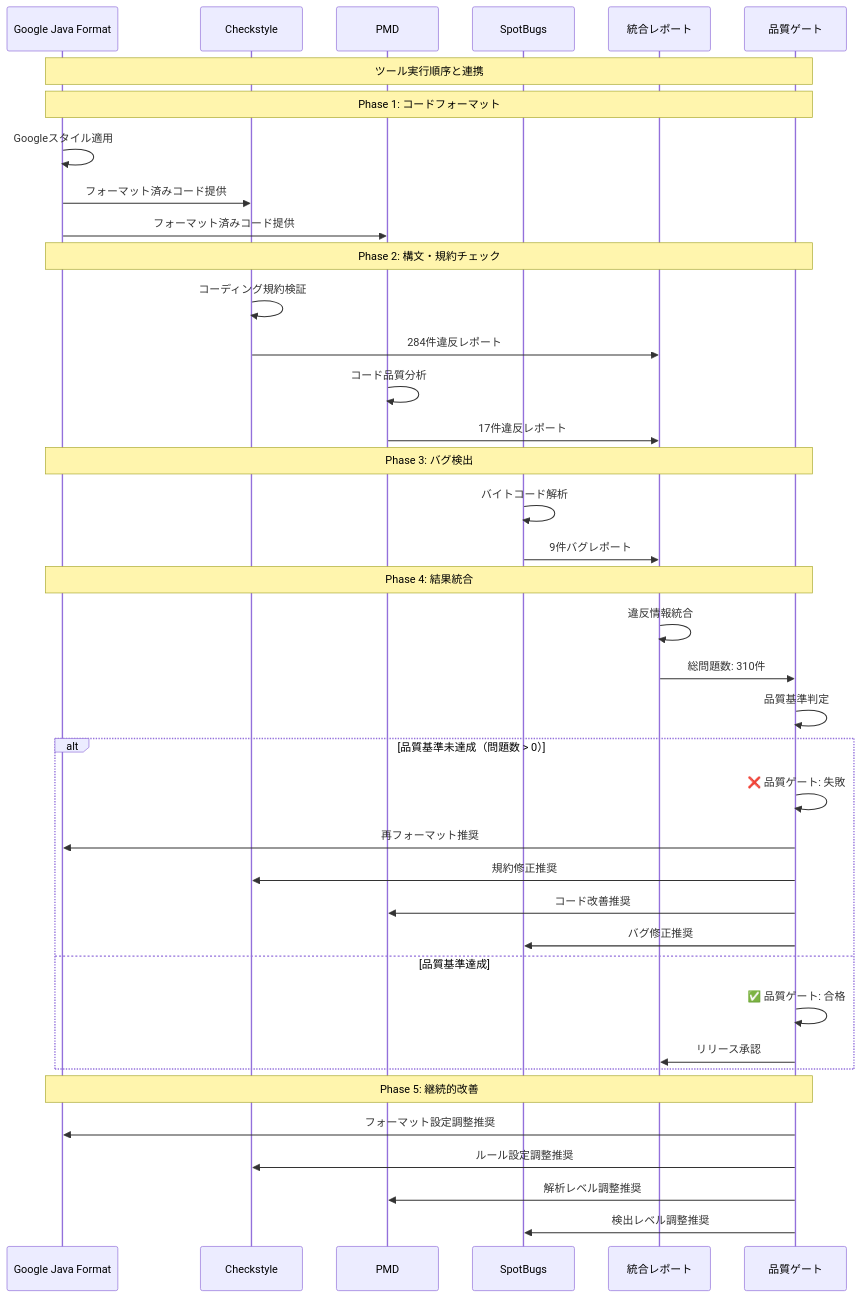
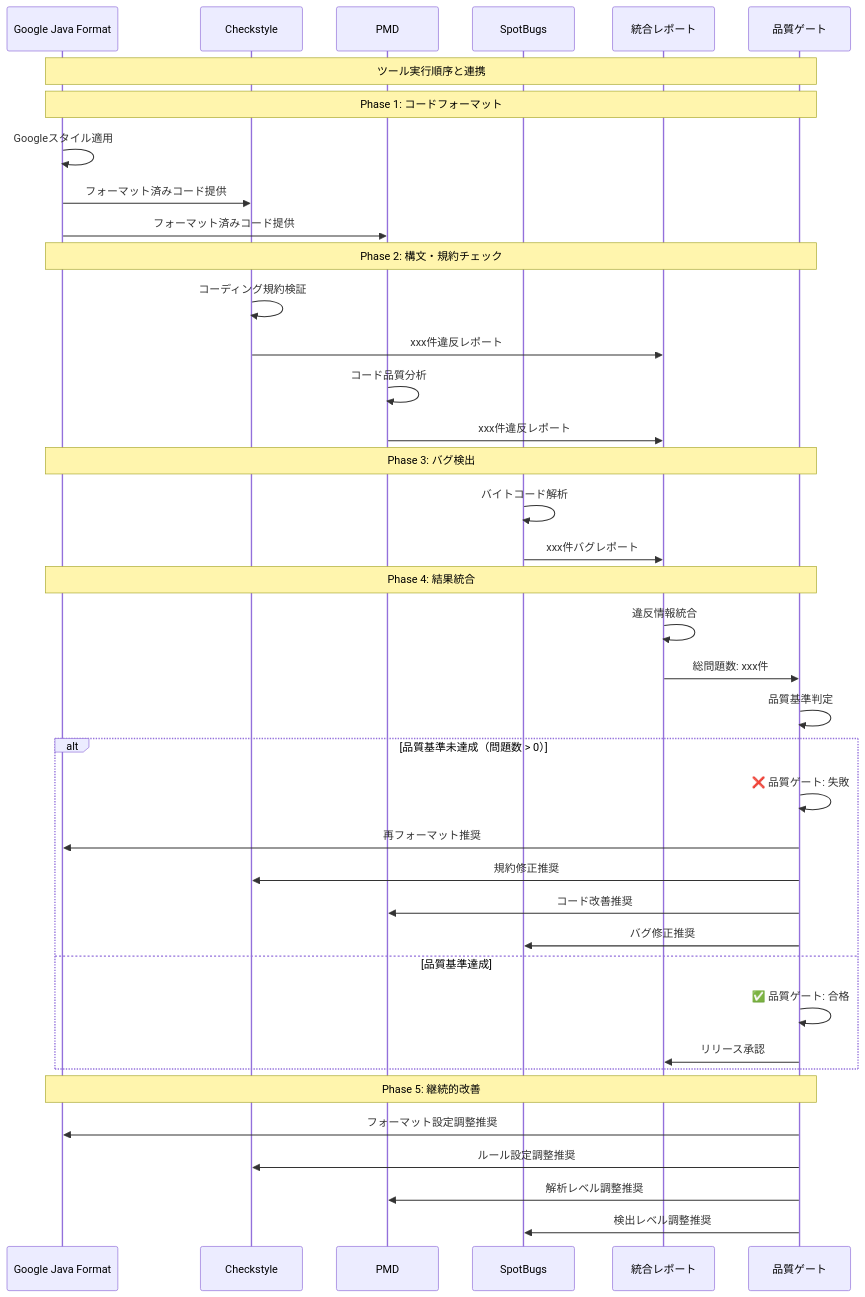
Diagram 13 of 13 in scripts/STATIC_ANALYSIS_SEQUENCE_DIAGRAM.md (digital-ojt/development-webCourse-DroneInventorySystem), drawn with Mermaid before and after one commit. The commit also changed other lines of this file and 1 other file, not shown here.

Commit message:
シーケンス図の更新

````diff
--- a/scripts/STATIC_ANALYSIS_SEQUENCE_DIAGRAM.md
+++ b/scripts/STATIC_ANALYSIS_SEQUENCE_DIAGRAM.md
@@ -738,49 +1036,49 @@
 ```mermaid
 sequenceDiagram
     participant Format as Google Java Format
     participant Checkstyle as Checkstyle
     participant PMD as PMD
     participant SpotBugs as SpotBugs
     participant Reports as 統合レポート
     participant Quality as 品質ゲート
     
     Note over Format, Quality: ツール実行順序と連携
     
     Note over Format, Quality: Phase 1: コードフォーマット
     Format->>Format: Googleスタイル適用
     Format->>Checkstyle: フォーマット済みコード提供
     Format->>PMD: フォーマット済みコード提供
     
     Note over Format, Quality: Phase 2: 構文・規約チェック
     Checkstyle->>Checkstyle: コーディング規約検証
-    Checkstyle->>Reports: 284件違反レポート
+    Checkstyle->>Reports: xxx件違反レポート
     PMD->>PMD: コード品質分析
-    PMD->>Reports: 17件違反レポート
+    PMD->>Reports: xxx件違反レポート
     
     Note over Format, Quality: Phase 3: バグ検出
     SpotBugs->>SpotBugs: バイトコード解析
-    SpotBugs->>Reports: 9件バグレポート
+    SpotBugs->>Reports: xxx件バグレポート
     
     Note over Format, Quality: Phase 4: 結果統合
     Reports->>Reports: 違反情報統合
-    Reports->>Quality: 総問題数: 310件
+    Reports->>Quality: 総問題数: xxx件
     
     Quality->>Quality: 品質基準判定
     
     alt 品質基準未達成（問題数 > 0）
         Quality->>Quality: ❌ 品質ゲート: 失敗
         Quality->>Format: 再フォーマット推奨
         Quality->>Checkstyle: 規約修正推奨
         Quality->>PMD: コード改善推奨
         Quality->>SpotBugs: バグ修正推奨
     else 品質基準達成
         Quality->>Quality: ✅ 品質ゲート: 合格
         Quality->>Reports: リリース承認
     end
     
     Note over Format, Quality: Phase 5: 継続的改善
     Quality->>Format: フォーマット設定調整推奨
     Quality->>Checkstyle: ルール設定調整推奨
     Quality->>PMD: 解析レベル調整推奨
     Quality->>SpotBugs: 検出レベル調整推奨
 ```
````
